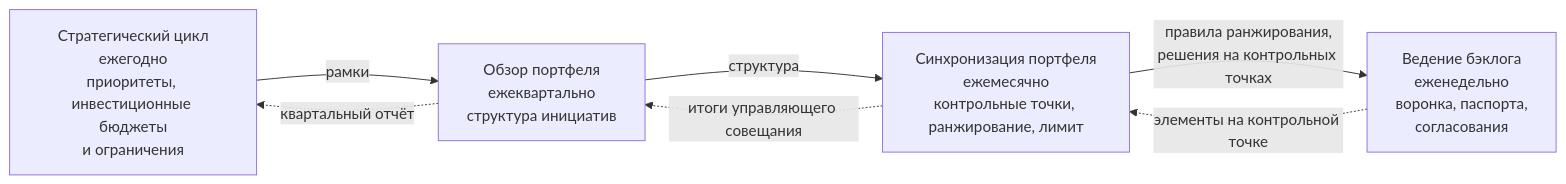
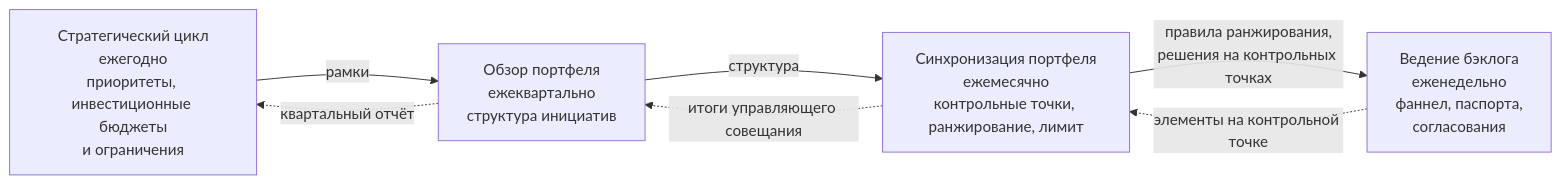
One commit to devhogu/ob-aicc changed the first of 5 diagrams in portal/content/ru/portfolio/the-loops-and-governance.md. Above: the diagram before and after it, drawn with Mermaid. The commit also changed other lines of this file and 96 other files, not shown here.

First line of the commit message:
Russian edition: the portfolio Funnel is «фаннел», not «воронка»

````diff
--- a/portal/content/ru/portfolio/the-loops-and-governance.md
+++ b/portal/content/ru/portfolio/the-loops-and-governance.md
@@ -24,9 +24,9 @@
 ```mermaid
 flowchart LR
   Y["Стратегический цикл<br/>ежегодно<br/>приоритеты, инвестиционные бюджеты<br/>и ограничения"] -->|"рамки"| Q["Обзор портфеля<br/>ежеквартально<br/>структура инициатив"]
   Q -->|"структура"| M["Синхронизация портфеля<br/>ежемесячно<br/>контрольные точки, ранжирование, лимит"]
-  M -->|"правила ранжирования,<br/>решения на контрольных точках"| W["Ведение бэклога<br/>еженедельно<br/>воронка, паспорта,<br/>согласования"]
+  M -->|"правила ранжирования,<br/>решения на контрольных точках"| W["Ведение бэклога<br/>еженедельно<br/>фаннел, паспорта,<br/>согласования"]
   W -.->|"элементы на контрольной точке"| M
   M -.->|"итоги управляющего совещания"| Q
   Q -.->|"квартальный отчёт"| Y
 ```
````
